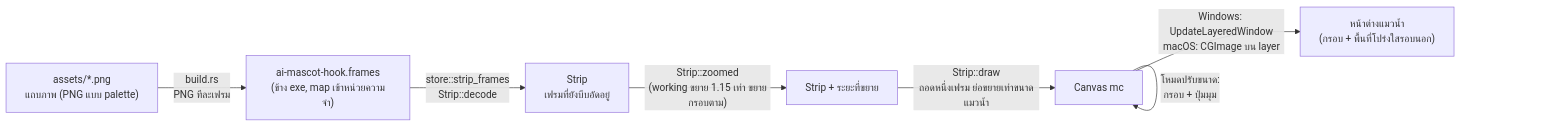
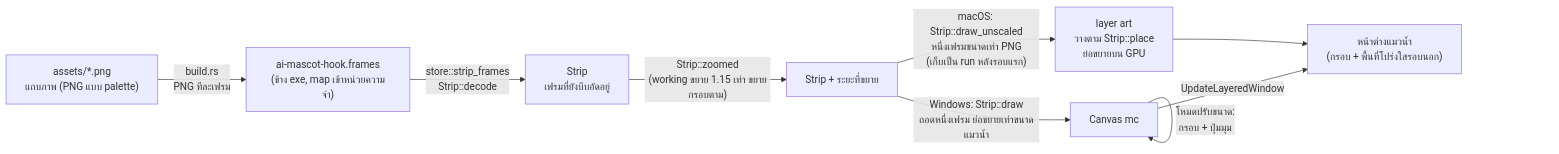
One commit to thanachaiakt/ai-mascot-hook changed the fifth of 7 diagrams in docs/th/architecture.md. Above: the diagram before and after it, drawn with Mermaid. The commit also changed other lines of this file and 10 other files, not shown here.

````diff
--- a/docs/th/architecture.md
+++ b/docs/th/architecture.md
@@ -168,9 +169,11 @@
 ```mermaid
 flowchart LR
     png["assets/*.png<br/>แถบภาพ (PNG แบบ palette)"] -- "build.rs<br/>PNG ทีละเฟรม" --> frames["ai-mascot-hook.frames<br/>(ข้าง exe, map เข้าหน่วยความจำ)"]
     frames -- "store::strip_frames<br/>Strip::decode" --> strip["Strip<br/>เฟรมที่ยังบีบอัดอยู่"]
     strip -- "Strip::zoomed<br/>(working ขยาย 1.15 เท่า ขยายกรอบตาม)" --> strip2["Strip + ระยะที่ขยาย"]
-    strip2 -- "Strip::draw<br/>ถอดหนึ่งเฟรม ย่อขยายเท่าขนาดแมวน้ำ" --> mc["Canvas mc"]
+    strip2 -- "Windows: Strip::draw<br/>ถอดหนึ่งเฟรม ย่อขยายเท่าขนาดแมวน้ำ" --> mc["Canvas mc"]
+    strip2 -- "macOS: Strip::draw_unscaled<br/>หนึ่งเฟรมขนาดเท่า PNG<br/>(เก็บเป็น run หลังรอบแรก)" --> art["layer art<br/>วางตาม Strip::place<br/>ย่อขยายบน GPU"]
     mc -- "โหมดปรับขนาด:<br/>กรอบ + ปุ่มมุม" --> mc
-    mc -- "Windows: UpdateLayeredWindow<br/>macOS: CGImage บน layer" --> win["หน้าต่างแมวน้ำ<br/>(กรอบ + พื้นที่โปร่งใสรอบนอก)"]
+    mc -- "UpdateLayeredWindow" --> win["หน้าต่างแมวน้ำ<br/>(กรอบ + พื้นที่โปร่งใสรอบนอก)"]
+    art --> win
 ```
````
